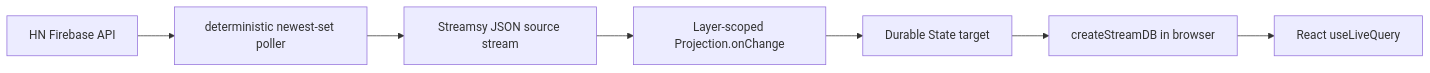
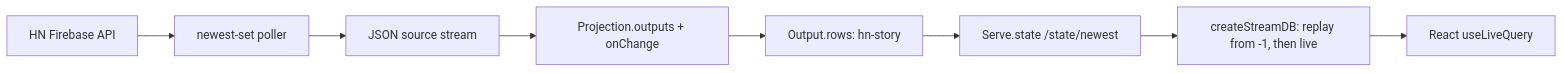
The diagram in examples/hackernews-newest-stream/README.md (gingerhendrix/streamsy), drawn with Mermaid before and after one commit. The commit also changed other lines of this file, not shown here.

Commit message:
docs: explain Hacker News served rows and replay limits

````diff
--- a/examples/hackernews-newest-stream/README.md
+++ b/examples/hackernews-newest-stream/README.md
@@ -10,9 +9,10 @@
 ```mermaid
 flowchart LR
-  HN[HN Firebase API] --> Poller[deterministic newest-set poller]
-  Poller --> Source[Streamsy JSON source stream]
-  Source --> Projection[Layer-scoped Projection.onChange]
-  Projection --> Target[Durable State target]
-  Target --> ClientDB[createStreamDB in browser]
+  HN[HN Firebase API] --> Poller[newest-set poller]
+  Poller --> Source[JSON source stream]
+  Source --> Projection[Projection.outputs + onChange]
+  Projection --> Rows[Output.rows: hn-story]
+  Rows --> Serve[Serve.state /state/newest]
+  Serve --> ClientDB[createStreamDB: replay from -1, then live]
   ClientDB --> React[React useLiveQuery]
 ```
````
